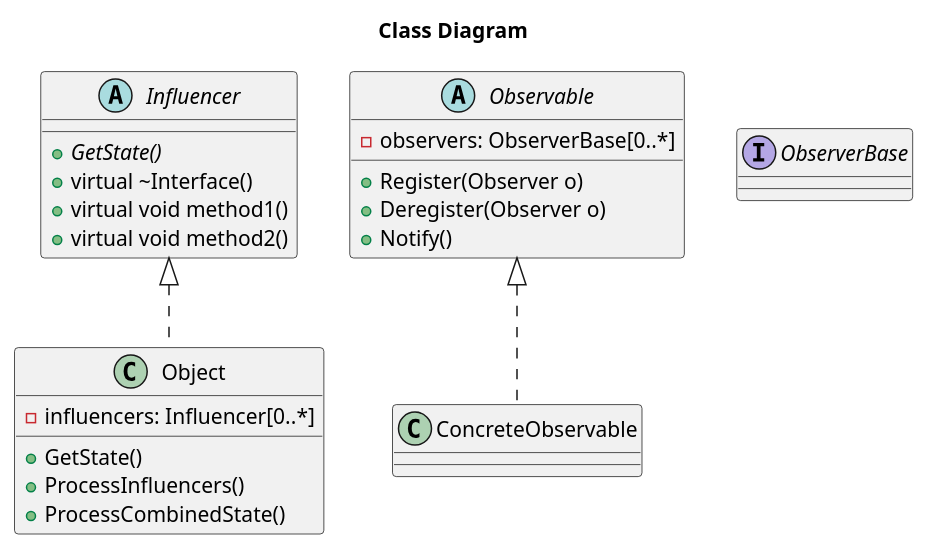
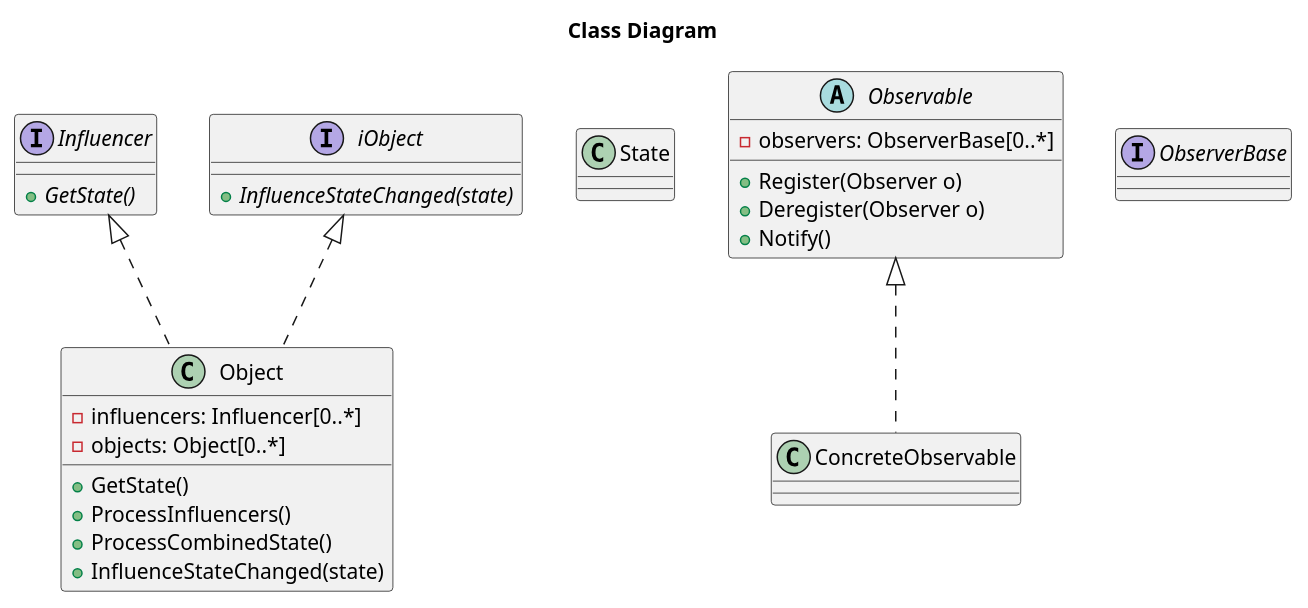
One commit to CAPeddle/particle_model changed the diagram in class diagram.plantuml. Above: the diagram before and after it, drawn with PlantUML.

Commit message:
Add interface for iObject

```diff
--- a/class diagram.plantuml
+++ b/class diagram.plantuml
@@ -1,44 +1,53 @@
 @startuml
 title Class Diagram
 
-abstract class Influencer
+interface Influencer
 {
     {abstract} +GetState()
-    +virtual ~Interface()
-    +virtual void method1()    
-                                   
-    +virtual void method2()
+}
+
+interface iObject
+{
+    {abstract} +InfluenceStateChanged(state)
 }
 
 Influencer <|.. Object
+iObject <|.. Object
 
 class Object {
 	- influencers: Influencer[0..*]
+	- objects: Object[0..*]
 
   +GetState()
 	+ProcessInfluencers()
 	+ProcessCombinedState()
+	+InfluenceStateChanged(state)
 	
+}
+
+
+
+class State {
 }
 
 
 abstract class Observable
 
 Observable <|.. ConcreteObservable
 
 
 abstract class Observable{
  -observers: ObserverBase[0..*]
 
  +Register(Observer o)
  +Deregister(Observer o)
  +Notify()
 }
 
 class ConcreteObservable
 
 
 interface ObserverBase
 
 
 @enduml
```
